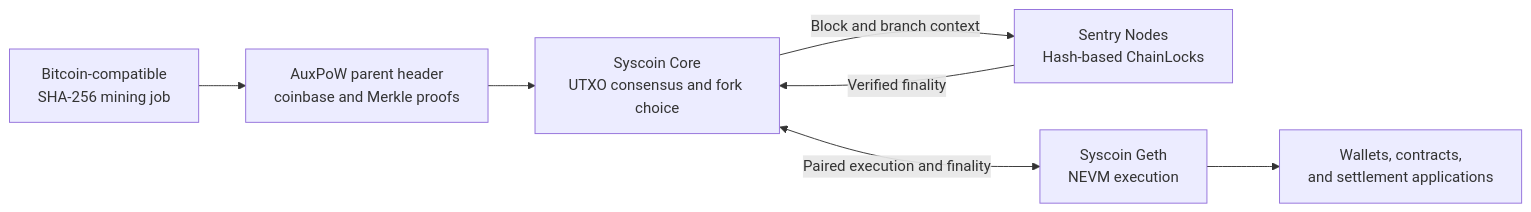
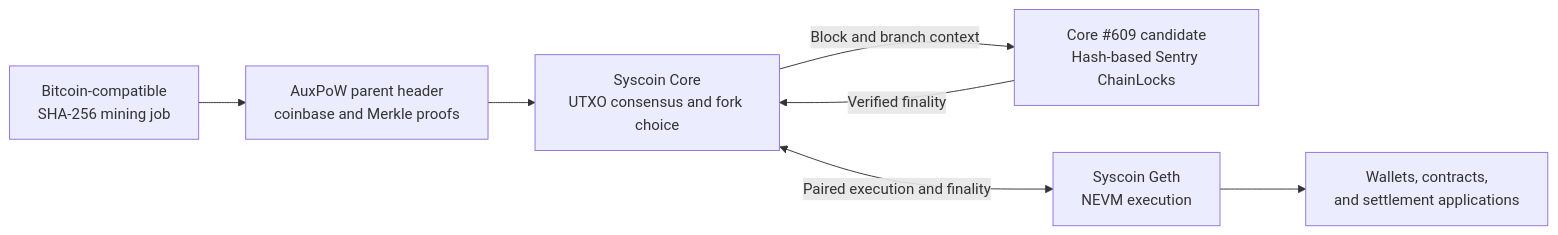
One commit to syscoin/sys-docs changed the first of 2 diagrams in docs/architecture/core.mdx. Above: the diagram before and after it, drawn with Mermaid. The commit also changed other lines of this file and 22 other files, not shown here.

````diff
--- a/docs/architecture/core.mdx
+++ b/docs/architecture/core.mdx
@@ -9,16 +9,16 @@
 ```mermaid
 flowchart LR
     accTitle: How a Syscoin node connects mining, finality, and NEVM
-    accDescr: Core checks the parent work, verifies Sentry ChainLocks, and coordinates its block and finality boundaries with the NEVM execution engine.
+    accDescr: In the Core #609 candidate with PQ rules active, Core checks the parent work, verifies hash-based Sentry ChainLocks, and coordinates its block and finality boundaries with the NEVM execution engine. Released v5.1.3 uses BLS ChainLocks.
     Work["Bitcoin-compatible<br/>SHA-256 mining job"]
     Aux["AuxPoW parent header<br/>coinbase and Merkle proofs"]
     Core["Syscoin Core<br/>UTXO consensus and fork choice"]
-    Lock["Sentry Nodes<br/>Hash-based ChainLocks"]
+    Lock["Core #609 candidate<br/>Hash-based Sentry ChainLocks"]
     EVM["Syscoin Geth<br/>NEVM execution"]
     Apps["Wallets, contracts,<br/>and settlement applications"]
     Work --> Aux --> Core
     Core -->|"Block and branch context"| Lock
     Lock -->|"Verified finality"| Core
     Core <-->|"Paired execution and finality"| EVM
     EVM --> Apps
 ```
````
